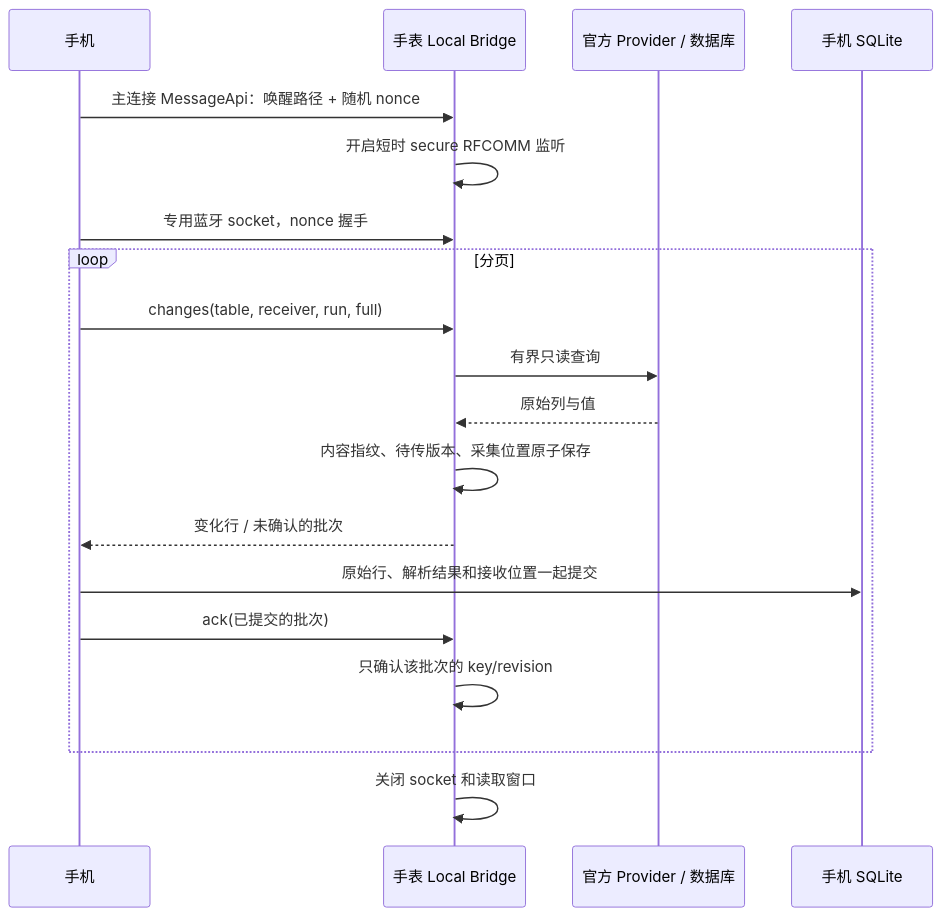
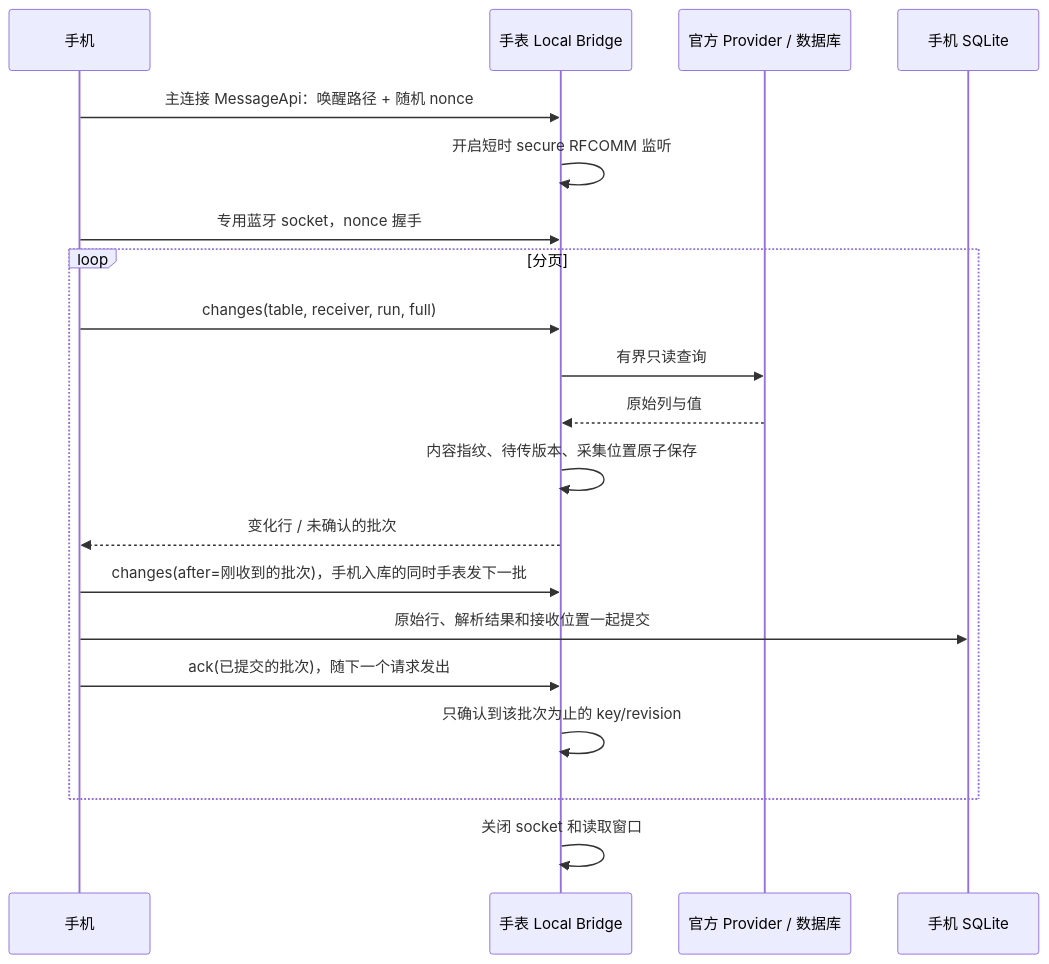
The diagram in docs/spec/local-bridge.md (doragonRider/TicBox), drawn with Mermaid before and after one commit. The commit also changed other lines of this file and 11 other files, not shown here.

````diff
--- a/docs/spec/local-bridge.md
+++ b/docs/spec/local-bridge.md
@@ -9,21 +9,22 @@
 ```mermaid
 sequenceDiagram
     participant P as 手机
     participant W as 手表 Local Bridge
     participant H as 官方 Provider / 数据库
     participant D as 手机 SQLite
     P->>W: 主连接 MessageApi：唤醒路径 + 随机 nonce
     W->>W: 开启短时 secure RFCOMM 监听
     P->>W: 专用蓝牙 socket，nonce 握手
     loop 分页
         P->>W: changes(table, receiver, run, full)
         W->>H: 有界只读查询
         H-->>W: 原始列与值
         W->>W: 内容指纹、待传版本、采集位置原子保存
         W-->>P: 变化行 / 未确认的批次
+        P->>W: changes(after=刚收到的批次)，手机入库的同时手表发下一批
         P->>D: 原始行、解析结果和接收位置一起提交
-        P->>W: ack(已提交的批次)
-        W->>W: 只确认该批次的 key/revision
+        P->>W: ack(已提交的批次)，随下一个请求发出
+        W->>W: 只确认到该批次为止的 key/revision
     end
     W->>W: 关闭 socket 和读取窗口
 ```
````
